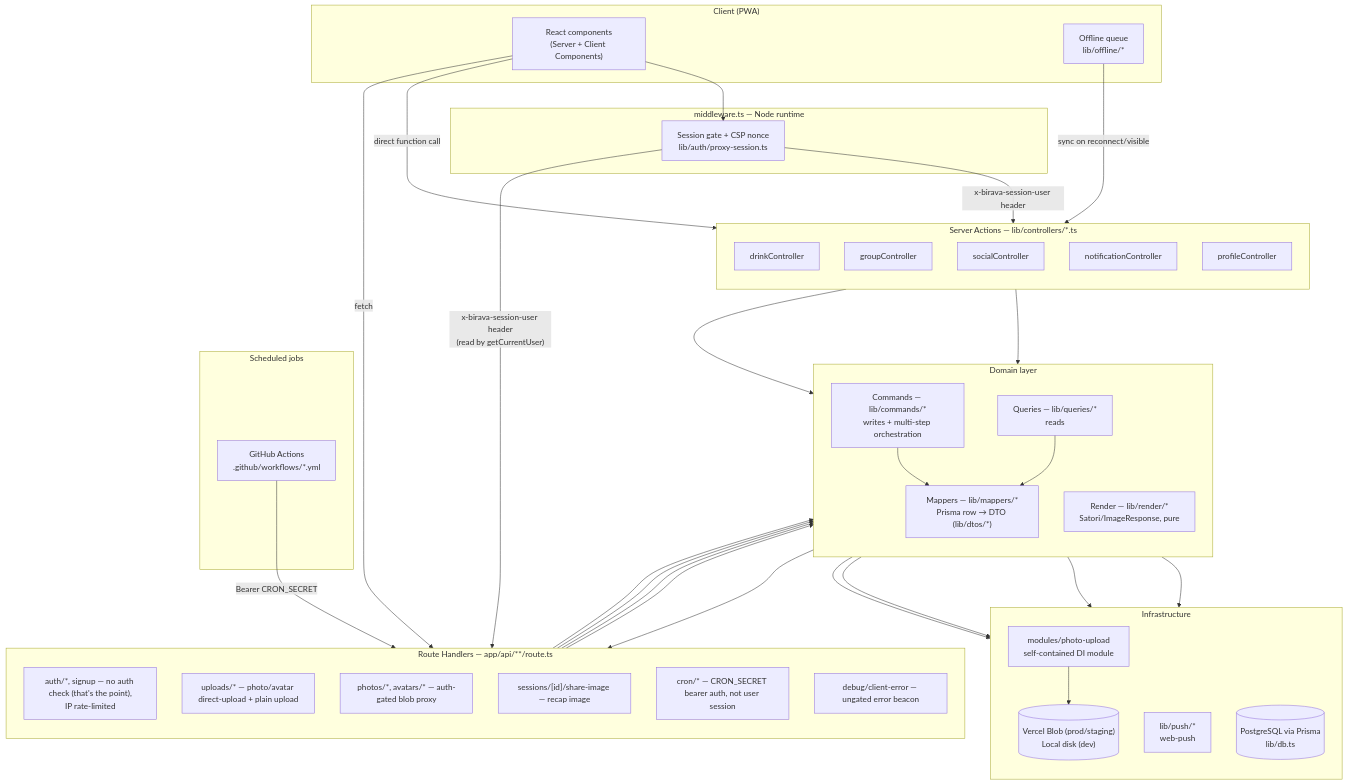
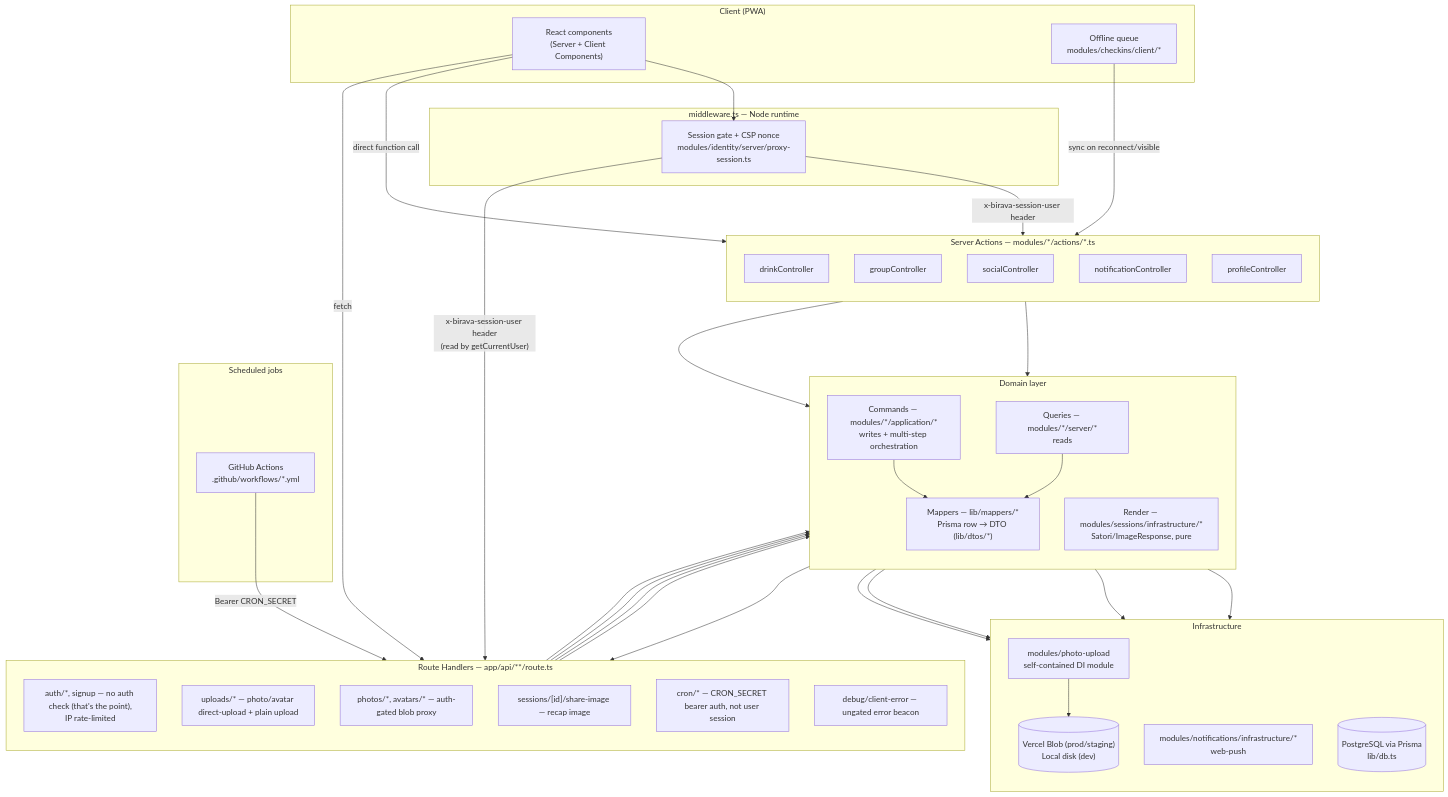
Before and after one commit to nielsvantslot/Birava: the first of 3 diagrams in docs/architecture.md, drawn with Mermaid. The commit also changed other lines of this file and 261 other files, not shown here.

First line of the commit message:
Move feature code from lib/ into modules/ and add module indexes (#346, #347)

````diff
--- a/docs/architecture.md
+++ b/docs/architecture.md
@@ -9,73 +9,73 @@
 ```mermaid
 flowchart TB
     subgraph Client["Client (PWA)"]
         UI["React components<br/>(Server + Client Components)"]
-        Offline["Offline queue<br/>lib/offline/*"]
+        Offline["Offline queue<br/>modules/checkins/client/*"]
     end
 
     subgraph Edge["middleware.ts — Node runtime"]
-        MW["Session gate + CSP nonce<br/>lib/auth/proxy-session.ts"]
+        MW["Session gate + CSP nonce<br/>modules/identity/server/proxy-session.ts"]
     end
 
     UI -->|fetch| Routes
     UI -->|direct function call| Actions
     Offline -->|sync on reconnect/visible| Actions
     UI --> MW
     MW -->|"x-birava-session-user header<br/>(read by getCurrentUser)"| Routes
     MW -->|"x-birava-session-user header"| Actions
 
     subgraph Routes["Route Handlers — app/api/**/route.ts"]
         direction TB
         R1["auth/*, signup — no auth check (that's the point),<br/>IP rate-limited"]
         R2["uploads/* — photo/avatar direct-upload + plain upload"]
         R3["photos/*, avatars/* — auth-gated blob proxy"]
         R4["sessions/[id]/share-image — recap image"]
         R5["cron/* — CRON_SECRET bearer auth, not user session"]
         R6["debug/client-error — ungated error beacon"]
     end
 
-    subgraph Actions["Server Actions — lib/controllers/*.ts"]
+    subgraph Actions["Server Actions — modules/*/actions/*.ts"]
         direction TB
         A1[drinkController]
         A2[groupController]
         A3[socialController]
         A4[notificationController]
         A5[profileController]
     end
 
     subgraph Domain["Domain layer"]
         direction TB
-        Commands["Commands — lib/commands/*<br/>writes + multi-step orchestration"]
-        Queries["Queries — lib/queries/*<br/>reads"]
+        Commands["Commands — modules/*/application/*<br/>writes + multi-step orchestration"]
+        Queries["Queries — modules/*/server/*<br/>reads"]
         Mappers["Mappers — lib/mappers/*<br/>Prisma row → DTO (lib/dtos/*)"]
-        Render["Render — lib/render/*<br/>Satori/ImageResponse, pure"]
+        Render["Render — modules/sessions/infrastructure/*<br/>Satori/ImageResponse, pure"]
     end
 
     subgraph Infra["Infrastructure"]
         direction TB
         PhotoModule["modules/photo-upload<br/>self-contained DI module"]
-        PushLib["lib/push/*<br/>web-push"]
+        PushLib["modules/notifications/infrastructure/*<br/>web-push"]
         DB[("PostgreSQL via Prisma<br/>lib/db.ts")]
         Blob[("Vercel Blob (prod/staging)<br/>Local disk (dev)")]
     end
 
     Routes --> Commands
     Routes --> Queries
     Routes --> Render
     R6 --> Commands
     Actions --> Commands
     Actions --> Queries
     Commands --> Mappers
     Queries --> Mappers
     Commands --> DB
     Queries --> DB
     Commands --> PhotoModule
     Commands --> PushLib
     PhotoModule --> Blob
     Render --> Routes
 
     subgraph Scheduled["Scheduled jobs"]
         GHA["GitHub Actions<br/>.github/workflows/*.yml"]
     end
     GHA -->|"Bearer CRON_SECRET"| R5
 ```
````
